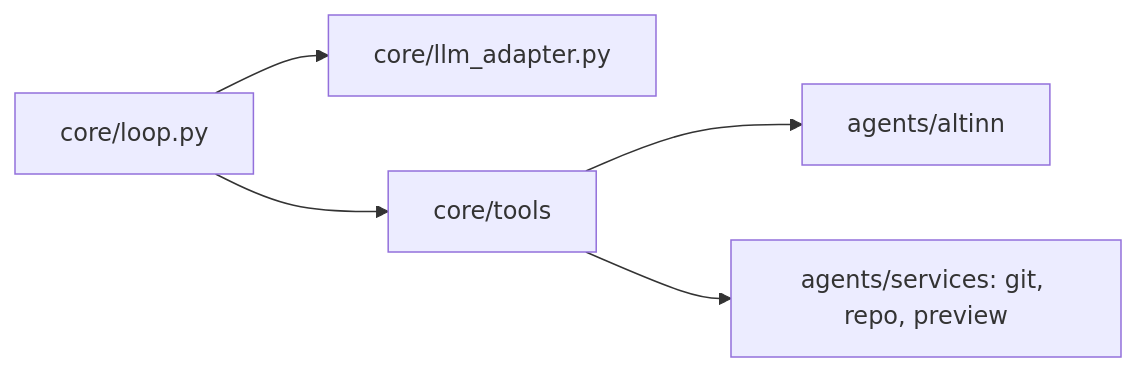
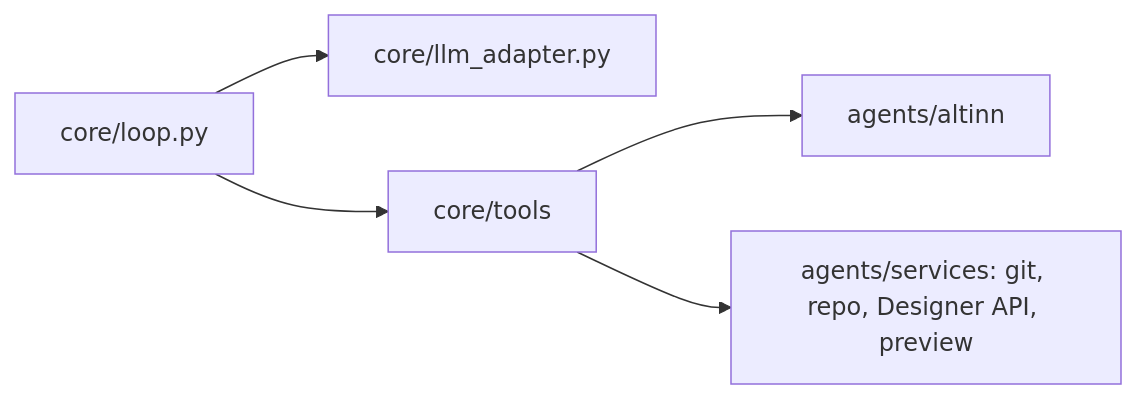
The second of 7 diagrams in src/AI/assistant/docs/3-modules.md (Altinn/altinn-studio), drawn with Mermaid before and after one commit. The commit also changed other lines of this file and 10 other files, not shown here.

Commit message:
docs(assistant): add the rules for the architecture guide, and fix the pages that drifted from them

````diff
--- a/src/AI/assistant/docs/3-modules.md
+++ b/src/AI/assistant/docs/3-modules.md
@@ -38,7 +38,7 @@
 ```mermaid
 flowchart LR
   C["core/loop.py"] --> AD["core/llm_adapter.py"]
   C --> T["core/tools"]
   T --> AL["agents/altinn"]
-  T --> S["agents/services: git, repo, preview"]
+  T --> S["agents/services: git, repo, Designer API, preview"]
 ```
````
